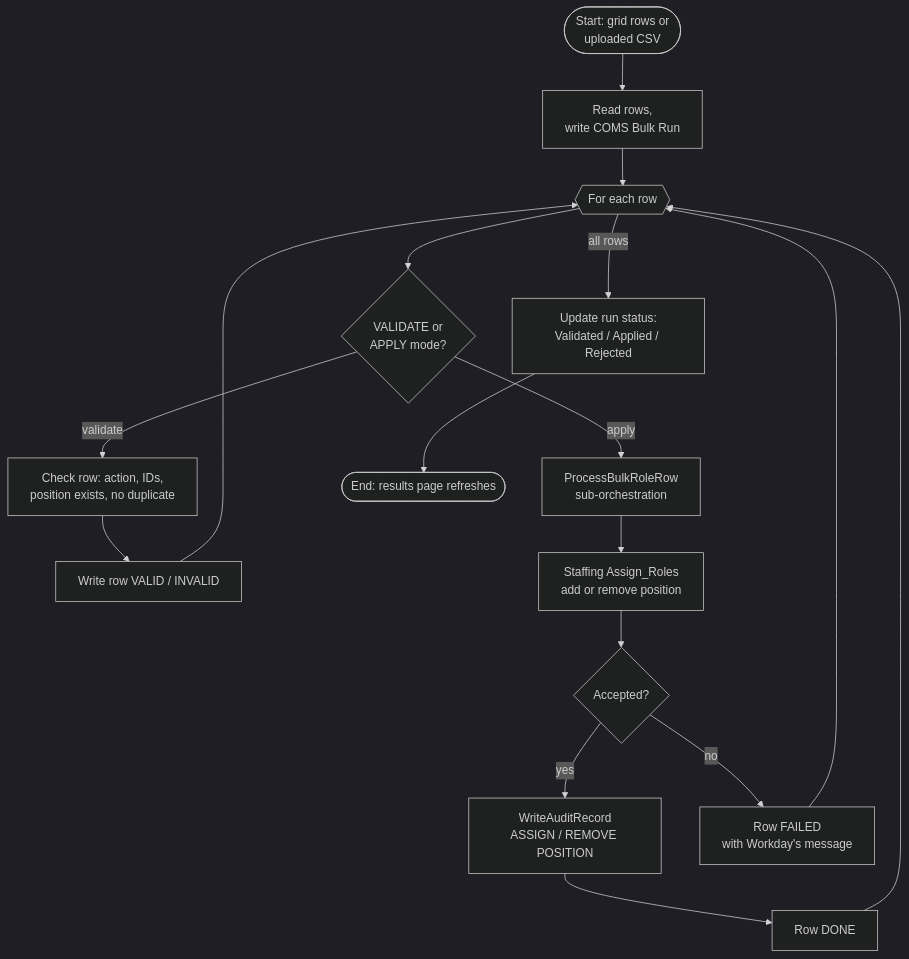
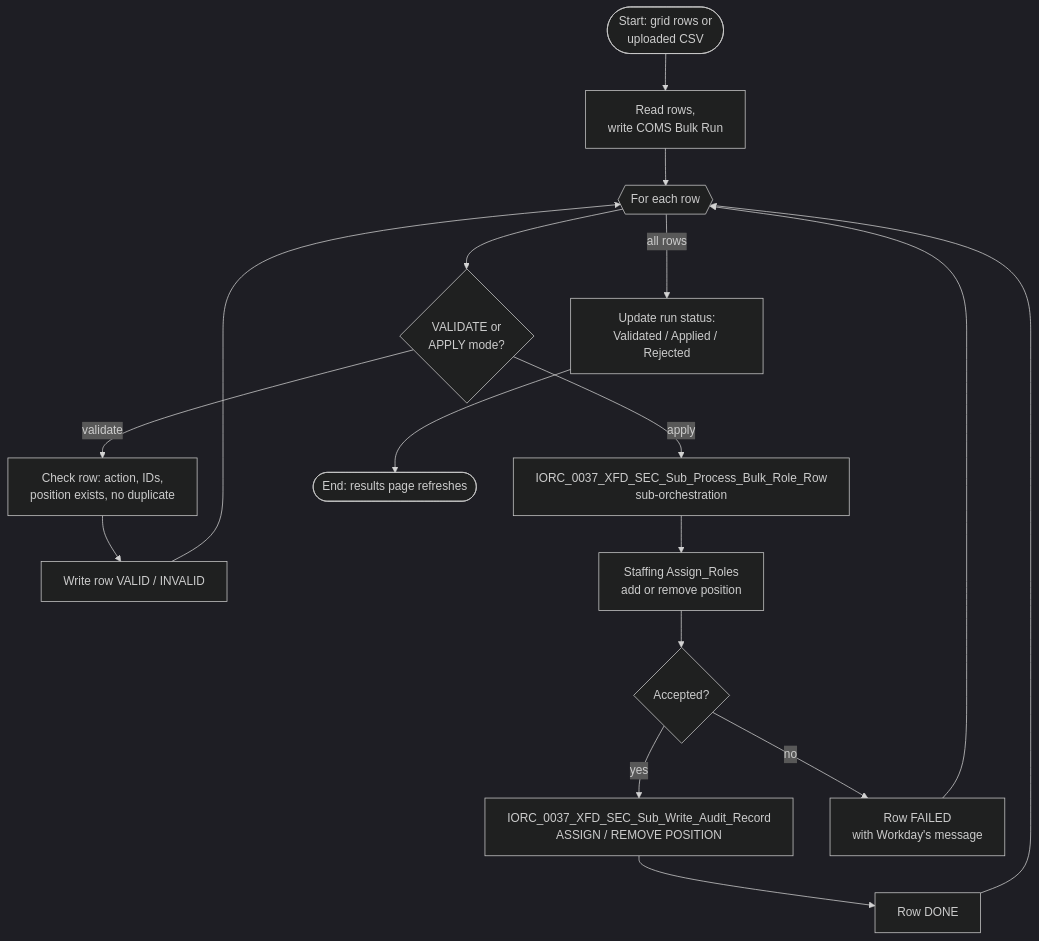
Before and after one commit to crismwan/ECO-COMS-Extend-App: the diagram in docs/confluence/diagrams/orch.mmd, drawn with Mermaid (dark theme). The commit also changed 88 other files, not shown here.

```diff
--- a/docs/confluence/diagrams/orch.mmd
+++ b/docs/confluence/diagrams/orch.mmd
@@ -1,13 +1,13 @@
 flowchart TB
   S([Start: grid rows or<br/>uploaded CSV]) --> R[Read rows,<br/>write COMS Bulk Run]
   R --> L{{For each row}}
   L --> V{VALIDATE or<br/>APPLY mode?}
   V -- validate --> C1[Check row: action, IDs,<br/>position exists, no duplicate] --> W1[Write row VALID / INVALID]
-  V -- apply --> C2[ProcessBulkRoleRow<br/>sub-orchestration] --> AR[Staffing Assign_Roles<br/>add or remove position]
+  V -- apply --> C2[IORC_0037_XFD_SEC_Sub_Process_Bulk_Role_Row<br/>sub-orchestration] --> AR[Staffing Assign_Roles<br/>add or remove position]
   AR --> OK{Accepted?}
-  OK -- yes --> AU[WriteAuditRecord<br/>ASSIGN / REMOVE POSITION] --> W2[Row DONE]
+  OK -- yes --> AU[IORC_0037_XFD_SEC_Sub_Write_Audit_Record<br/>ASSIGN / REMOVE POSITION] --> W2[Row DONE]
   OK -- no --> W3[Row FAILED<br/>with Workday's message]
   W1 --> L
   W2 --> L
   W3 --> L
   L -- all rows --> E[Update run status:<br/>Validated / Applied / Rejected] --> X([End: results page refreshes])
```
